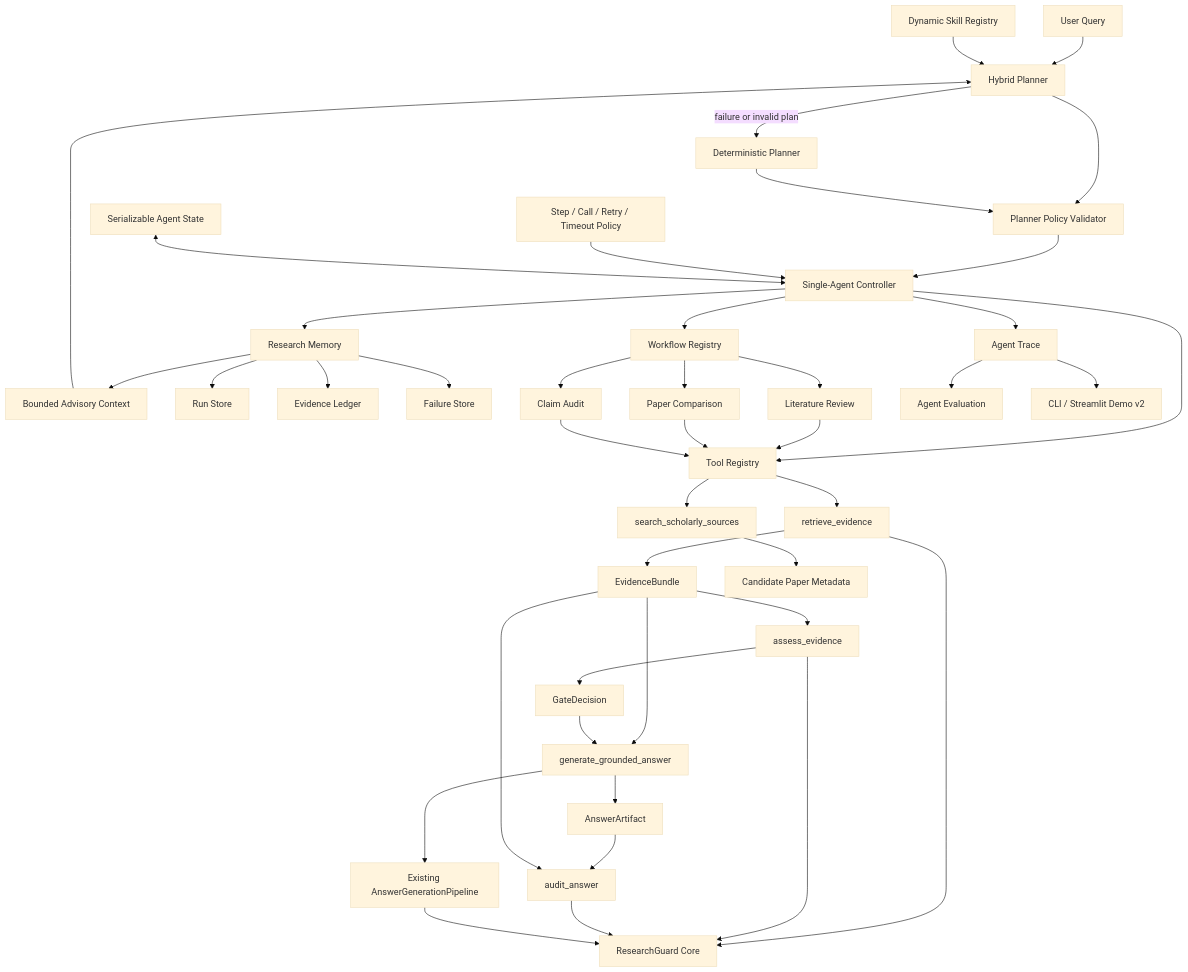
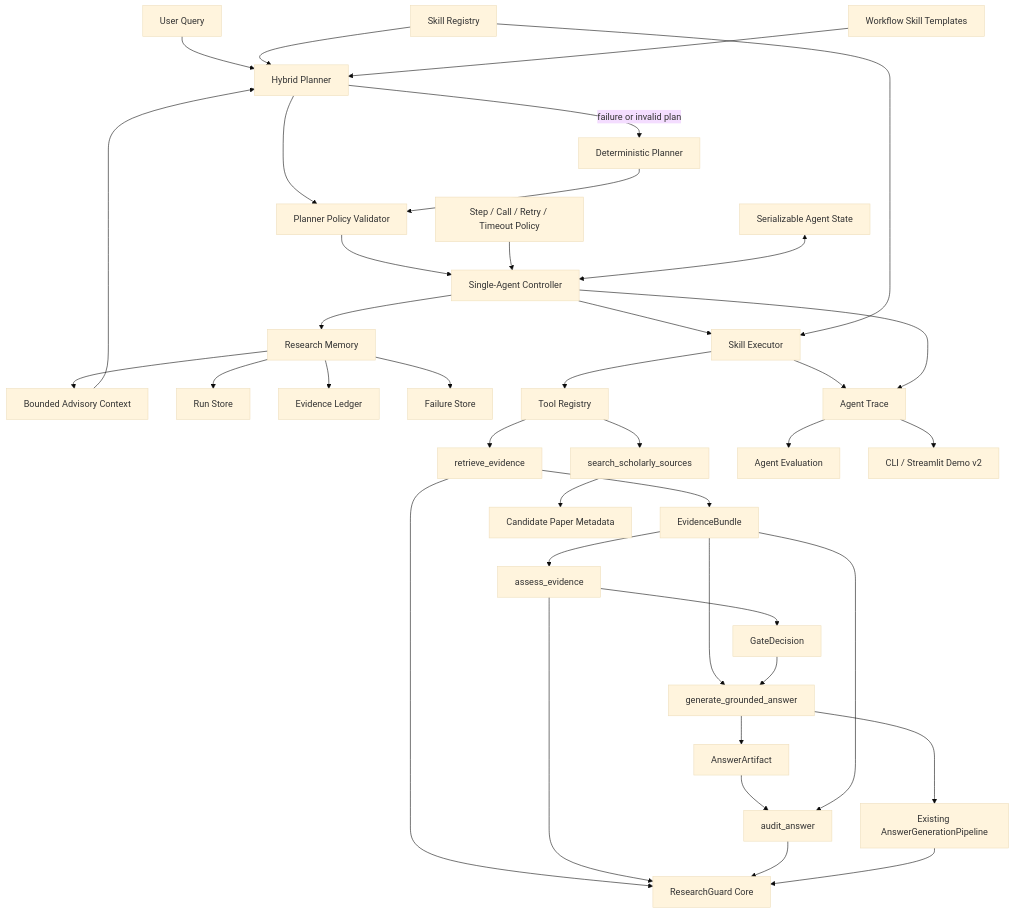
The second of 2 diagrams in README.md (Xzh1844963039/ResearchGuard-Agent), drawn with Mermaid (base theme) before and after one commit. The commit also changed other lines of this file and 28 other files, not shown here.

Commit message:
feat: add dynamic skill composition for research agent

````diff
--- a/README.md
+++ b/README.md
@@ -35,44 +35,41 @@
 ```mermaid
 flowchart TD
     Query["User Query"] --> Planner["Hybrid Planner"]
     Planner --> Validator["Planner Policy Validator"]
-    SkillRegistry["Dynamic Skill Registry"] --> Planner
+    SkillRegistry["Skill Registry"] --> Planner
     Validator --> Controller["Single-Agent Controller"]
     Planner -->|failure or invalid plan| Fallback["Deterministic Planner"]
     Fallback --> Validator
     Policy["Step / Call / Retry / Timeout Policy"] --> Controller
     State["Serializable Agent State"] <--> Controller
     Controller --> Memory["Research Memory"]
     Memory --> Context["Bounded Advisory Context"]
     Context --> Planner
     Memory --> RunStore["Run Store"]
     Memory --> Ledger["Evidence Ledger"]
     Memory --> FailureStore["Failure Store"]
-    Controller --> WorkflowRegistry["Workflow Registry"]
-    Controller --> Registry["Tool Registry"]
-    WorkflowRegistry --> Review["Literature Review"]
-    WorkflowRegistry --> Compare["Paper Comparison"]
-    WorkflowRegistry --> Claim["Claim Audit"]
-    Review --> Registry
-    Compare --> Registry
-    Claim --> Registry
+    Controller --> SkillExecutor["Skill Executor"]
+    SkillRegistry --> SkillExecutor
+    SkillExecutor --> Registry["Tool Registry"]
+    WorkflowTemplates["Workflow Skill Templates"] --> Planner
     Registry --> RetrievalTool["retrieve_evidence"]
     RetrievalTool --> Bundle["EvidenceBundle"]
     Bundle --> EvidenceTool["assess_evidence"]
     EvidenceTool --> GateDecision["GateDecision"]
     Bundle --> AnswerTool["generate_grounded_answer"]
     GateDecision --> AnswerTool
     AnswerTool --> Artifact["AnswerArtifact"]
     Artifact --> AuditTool["audit_answer"]
     Bundle --> AuditTool
     Registry --> ScholarTool["search_scholarly_sources"]
     RetrievalTool --> Core["ResearchGuard Core"]
     EvidenceTool --> Core
     AnswerTool --> Generator["Existing AnswerGenerationPipeline"]
     AuditTool --> Core
     ScholarTool --> Candidates["Candidate Paper Metadata"]
     Generator --> Core
-    Controller --> Trace["Agent Trace"]
+    SkillExecutor --> Trace["Agent Trace"]
+    Controller --> Trace
     Trace --> Evaluation["Agent Evaluation"]
     Trace --> Demo["CLI / Streamlit Demo v2"]
 ```
````
